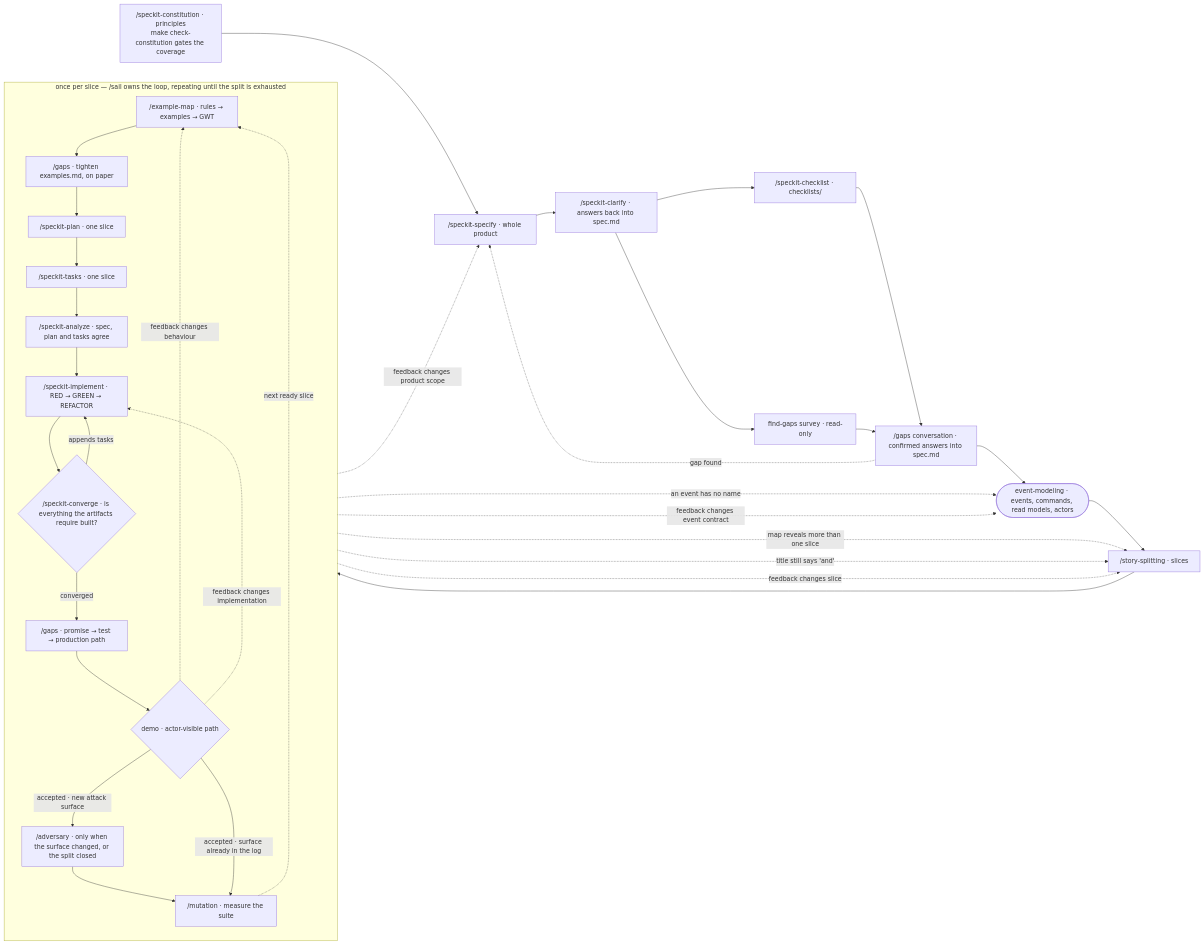
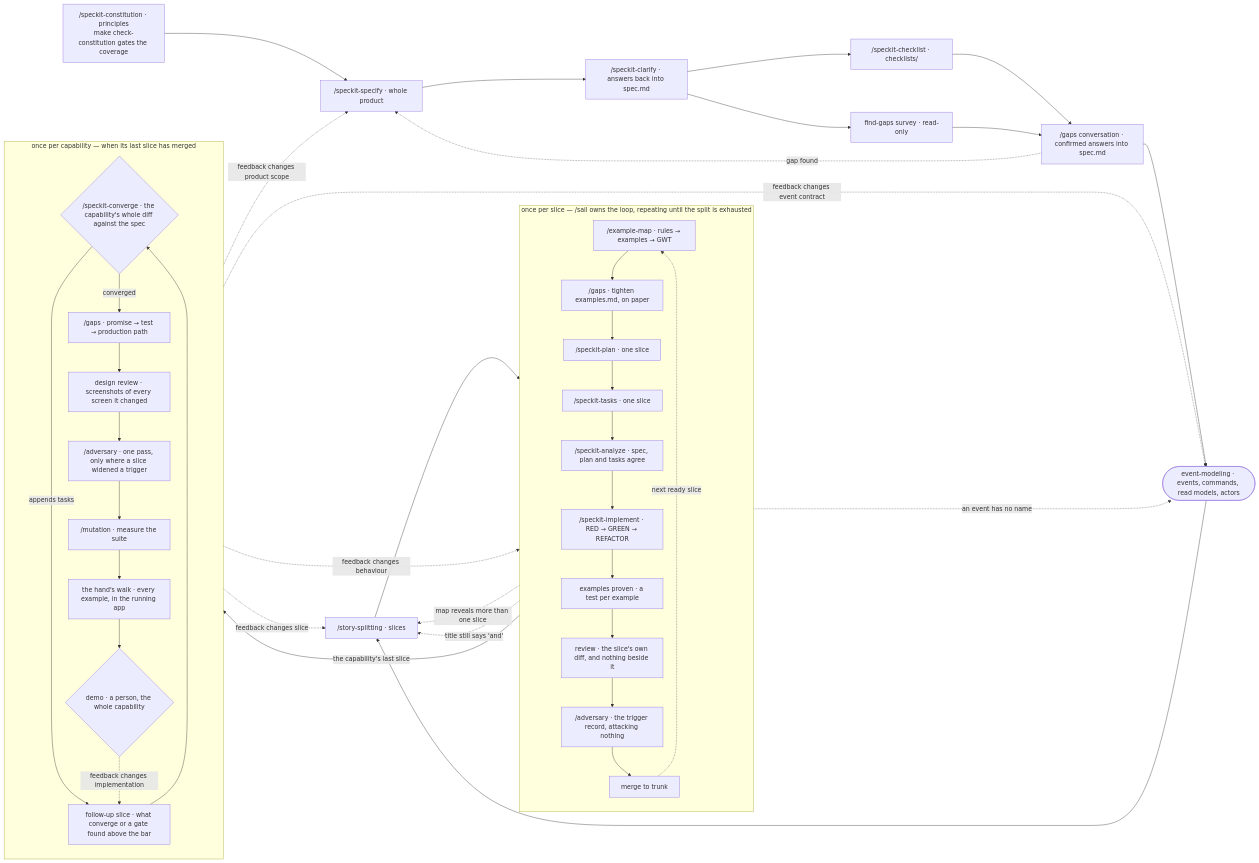
Before and after one commit to ROBCOATVG/slipwai: the first of 2 diagrams in assets/pages/docs/workflow.md, drawn with Mermaid. The commit also changed other lines of this file and 41 other files, not shown here.

First line of the commit message:
Converge and attack at the capability; scope a slice's reviews to its own diff

````diff
--- a/assets/pages/docs/workflow.md
+++ b/assets/pages/docs/workflow.md
@@ -4,47 +4,58 @@
 ```mermaid
 flowchart LR
   C["/speckit-constitution · principles<br/>make check-constitution gates the coverage"]
   S["/speckit-specify · whole product"]
   Q["/speckit-clarify · answers back into spec.md"]
   CK["/speckit-checklist · checklists/"]
   GS["find-gaps survey · read-only"]
   G["/gaps conversation · confirmed answers into spec.md"]
   EMOD(["event-modeling · events, commands, read models, actors"])
   SS["/story-splitting · slices"]
 
   subgraph loop["once per slice — /sail owns the loop, repeating until the split is exhausted"]
     direction TB
     EM["/example-map · rules → examples → GWT"]
     EG["/gaps · tighten examples.md, on paper"]
     P["/speckit-plan · one slice"]
     T["/speckit-tasks · one slice"]
     AN["/speckit-analyze · spec, plan and tasks agree"]
     I["/speckit-implement · RED → GREEN → REFACTOR"]
-    CV{"/speckit-converge · is everything the artifacts require built?"}
+    EX["examples proven · a test per example"]
+    R["review · the slice's own diff, and nothing beside it"]
+    TR["/adversary · the trigger record, attacking nothing"]
+    MG["merge to trunk"]
+    EM --> EG --> P --> T --> AN --> I --> EX --> R --> TR --> MG
+  end
+
+  subgraph gates["once per capability — when its last slice has merged"]
+    direction TB
+    CV{"/speckit-converge · the capability's whole diff against the spec"}
+    FS["follow-up slice · what converge or a gate found above the bar"]
     DG["/gaps · promise → test → production path"]
-    D{"demo · actor-visible path"}
-    A["/adversary · only when the surface changed, or the split closed"]
+    DR["design review · screenshots of every screen it changed"]
+    A["/adversary · one pass, only where a slice widened a trigger"]
     M["/mutation · measure the suite"]
-    EM --> EG --> P --> T --> AN --> I --> CV
-    CV -->|"appends tasks"| I
-    CV -->|"converged"| DG --> D
-    D -->|"accepted · new attack surface"| A --> M
-    D -->|"accepted · surface already in the log"| M
-    D -.->|"feedback changes behaviour"| EM
-    D -.->|"feedback changes implementation"| I
+    H["the hand's walk · every example, in the running app"]
+    D{"demo · a person, the whole capability"}
+    CV -->|"appends tasks"| FS --> CV
+    CV -->|"converged"| DG --> DR --> A --> M --> H --> D
   end
+
+  MG -->|"the capability's last slice"| CV
+  D -.->|"feedback changes behaviour"| EM
+  D -.->|"feedback changes implementation"| FS
 
   C --> S --> Q
   Q --> CK --> G
   Q --> GS --> G
   G --> EMOD --> SS --> EM
 
   G -.->|"gap found"| S
   EM -.->|"map reveals more than one slice"| SS
   P -.->|"title still says 'and'"| SS
-  M -.->|"next ready slice"| EM
+  MG -.->|"next ready slice"| EM
   EM -.->|"an event has no name"| EMOD
   D -.->|"feedback changes slice"| SS
   D -.->|"feedback changes event contract"| EMOD
   D -.->|"feedback changes product scope"| S
 ```
````
